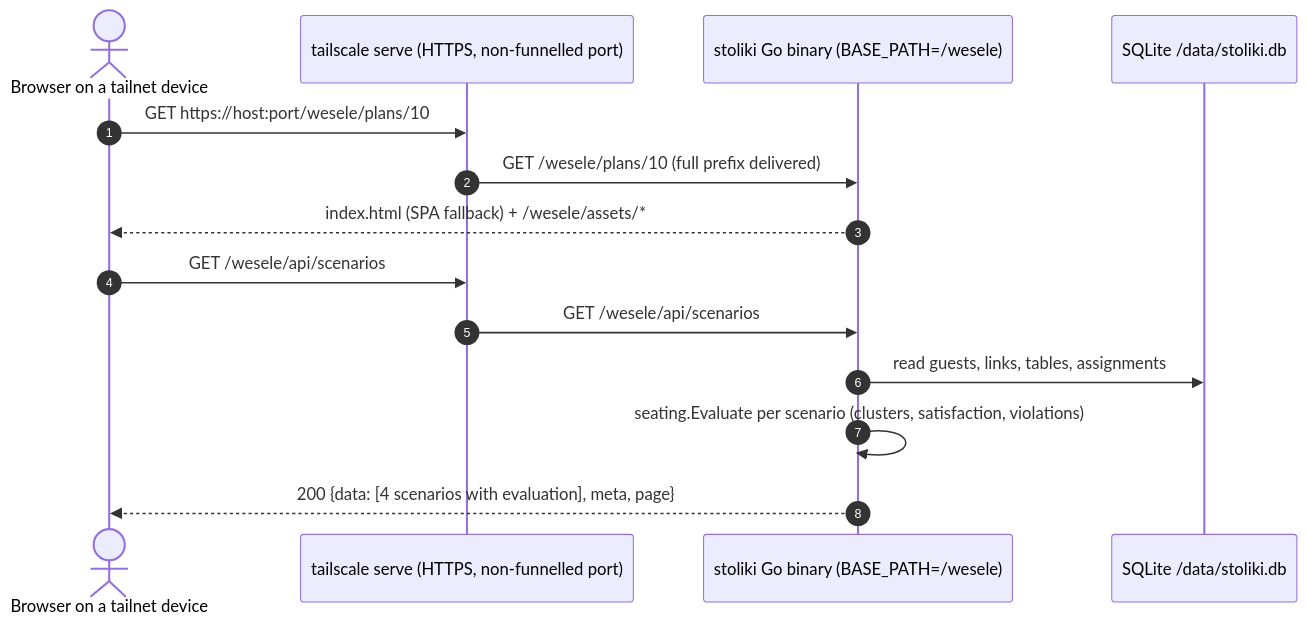
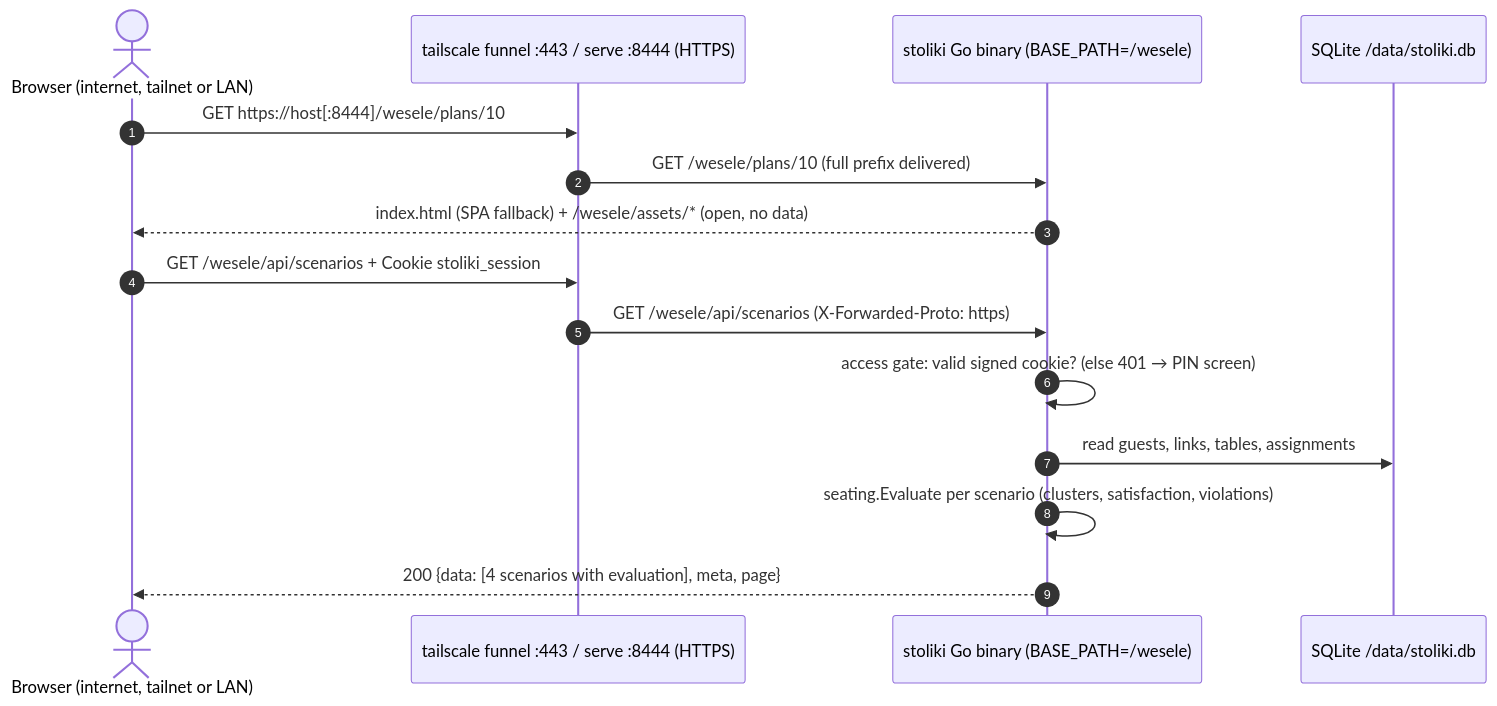
Before and after one commit to emicon123/wedding-seating-planner: the diagram in docs/architecture/02-system-context.md, drawn with Mermaid. The commit also changed other lines of this file and 5 other files, not shown here.

````diff
--- a/docs/architecture/02-system-context.md
+++ b/docs/architecture/02-system-context.md
@@ -45,16 +49,17 @@
 ```mermaid
 sequenceDiagram
     autonumber
-    actor U as Browser on a tailnet device
-    participant TS as tailscale serve (HTTPS, non-funnelled port)
+    actor U as Browser (internet, tailnet or LAN)
+    participant TS as tailscale funnel :443 / serve :8444 (HTTPS)
     participant S as stoliki Go binary (BASE_PATH=/wesele)
     participant DB as SQLite /data/stoliki.db
-    U->>TS: GET https://host:port/wesele/plans/10
+    U->>TS: GET https://host[:8444]/wesele/plans/10
     TS->>S: GET /wesele/plans/10 (full prefix delivered)
-    S-->>U: index.html (SPA fallback) + /wesele/assets/*
-    U->>TS: GET /wesele/api/scenarios
-    TS->>S: GET /wesele/api/scenarios
+    S-->>U: index.html (SPA fallback) + /wesele/assets/* (open, no data)
+    U->>TS: GET /wesele/api/scenarios + Cookie stoliki_session
+    TS->>S: GET /wesele/api/scenarios (X-Forwarded-Proto: https)
+    S->>S: access gate: valid signed cookie? (else 401 → PIN screen)
     S->>DB: read guests, links, tables, assignments
     S->>S: seating.Evaluate per scenario (clusters, satisfaction, violations)
     S-->>U: 200 {data: [4 scenarios with evaluation], meta, page}
 ```
````
